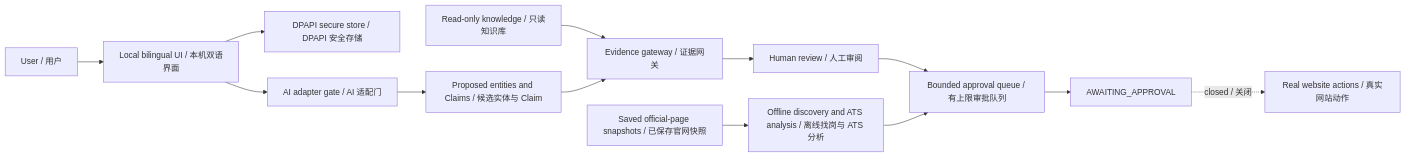
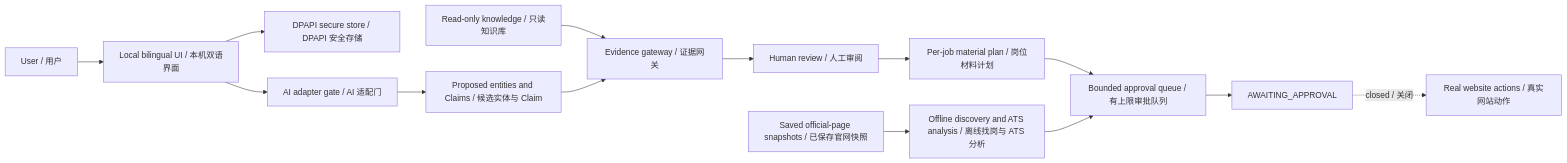
The diagram in docs/architecture.md (ValerianXXX/JobFlow), drawn with Mermaid before and after one commit. The commit also changed other lines of this file and 33 other files, not shown here.

Commit message:
feat: harden AI intake and per-job materials

````diff
--- a/docs/architecture.md
+++ b/docs/architecture.md
@@ -7,15 +7,17 @@
 ```mermaid
 flowchart LR
   U["User / 用户"] --> UI["Local bilingual UI / 本机双语界面"]
   UI --> S["DPAPI secure store / DPAPI 安全存储"]
   UI --> A["AI adapter gate / AI 适配门"]
   A --> P["Proposed entities and Claims / 候选实体与 Claim"]
   K["Read-only knowledge / 只读知识库"] --> E["Evidence gateway / 证据网关"]
   P --> E
   E --> R["Human review / 人工审阅"]
-  R --> Q["Bounded approval queue / 有上限审批队列"]
+  R --> M["Per-job material plan / 岗位材料计划"]
+  M --> Q
+  Q["Bounded approval queue / 有上限审批队列"]
   O["Saved official-page snapshots / 已保存官网快照"] --> D["Offline discovery and ATS analysis / 离线找岗与 ATS 分析"]
   D --> Q
   Q --> X["AWAITING_APPROVAL"]
   X -. "closed / 关闭" .-> W["Real website actions / 真实网站动作"]
 ```
````
